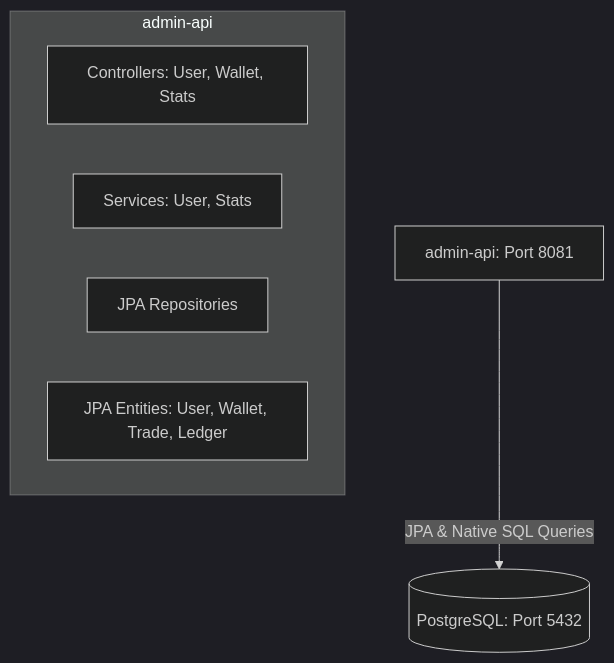
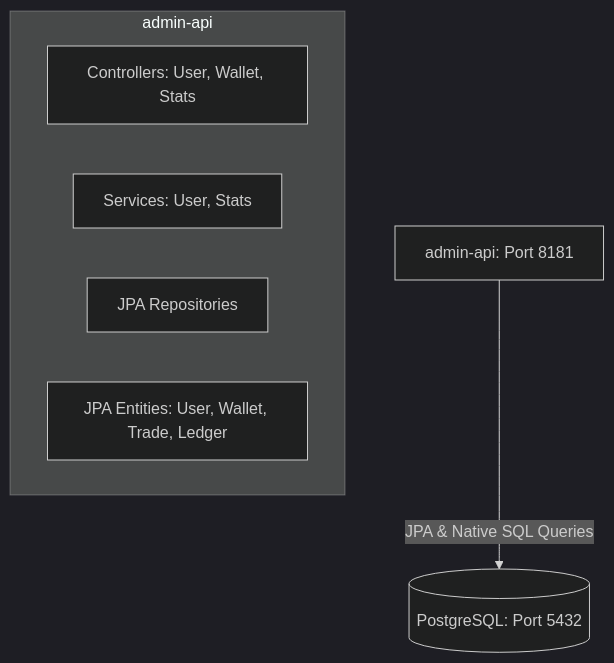
The diagram in documents/manual/admin_api_walkthrough.md (kangilc/exchange_be), drawn with Mermaid (dark theme) before and after one commit. The commit also changed other lines of this file and 5 other files, not shown here.

Commit message:
feat: admin-api 포트 변경 8081 -> 8181

````diff
--- a/documents/manual/admin_api_walkthrough.md
+++ b/documents/manual/admin_api_walkthrough.md
@@ -26,13 +26,13 @@
 ```mermaid
 graph TD
     %% Admin Service
-    Admin[admin-api: Port 8081] -->|JPA & Native SQL Queries| Postgres[(PostgreSQL: Port 5432)]
+    Admin[admin-api: Port 8181] -->|JPA & Native SQL Queries| Postgres[(PostgreSQL: Port 5432)]
     
     %% Components
     subgraph admin-api
         Controller[Controllers: User, Wallet, Stats]
         Service[Services: User, Stats]
         Repo[JPA Repositories]
         Entity[JPA Entities: User, Wallet, Trade, Ledger]
     end
 ```
````
